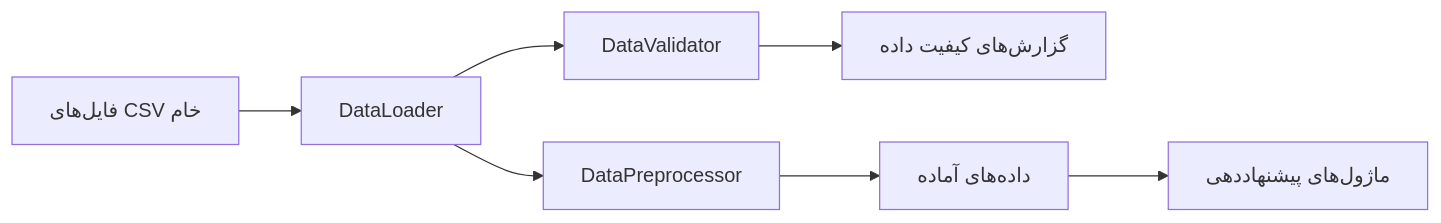
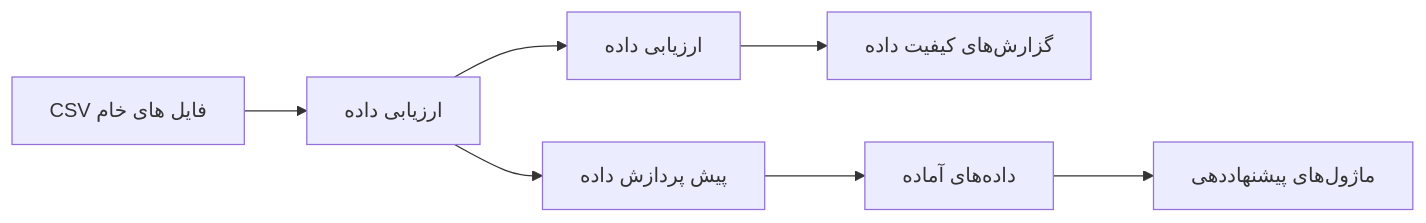
Before and after one commit to Hosein-imani/hybrid-recommendation-system: the second of 2 diagrams in docs/dataset.md, drawn with Mermaid. The commit also changed other lines of this file, not shown here.

```diff
--- a/docs/dataset.md
+++ b/docs/dataset.md
@@ -115,9 +115,9 @@
 ~~~mermaid
 flowchart LR
-    A[فایل‌های CSV خام] --> B[DataLoader]
-    B --> C[DataValidator]
-    B --> D[DataPreprocessor]
+    A[ CSV فایل های خام ] --> B[ارزیابی داده]
+    B --> C[ارزیابی داده]
+    B --> D[پیش پردازش داده]
     C --> E[گزارش‌های کیفیت داده]
     D --> F[داده‌های آماده]
     F --> G[ماژول‌های پیشنهاددهی]
 ~~~
```
